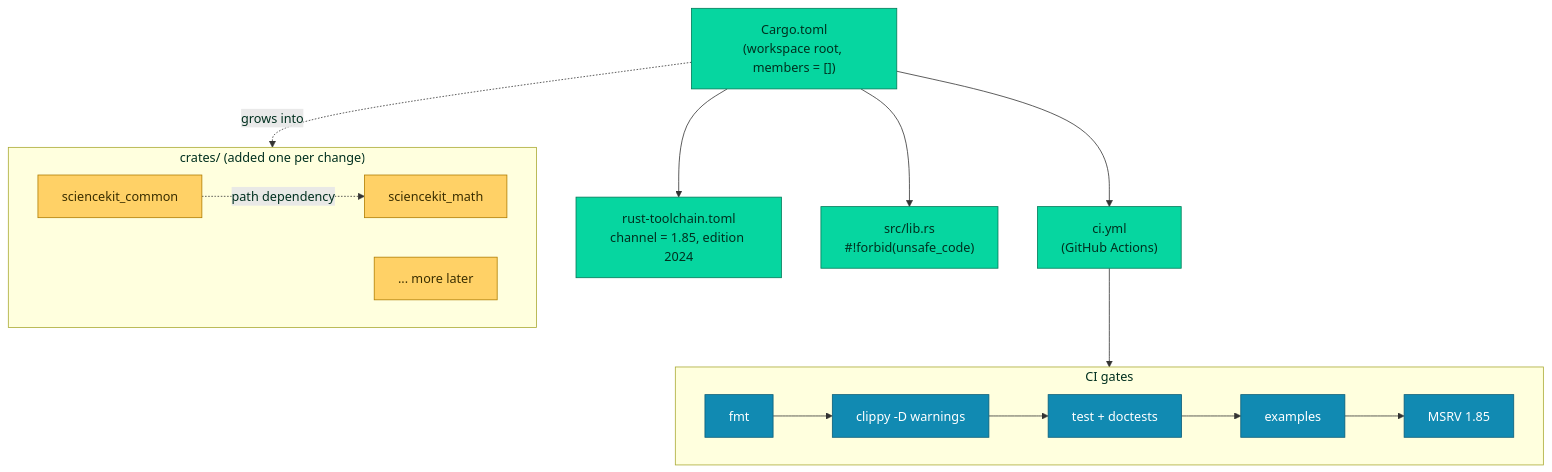
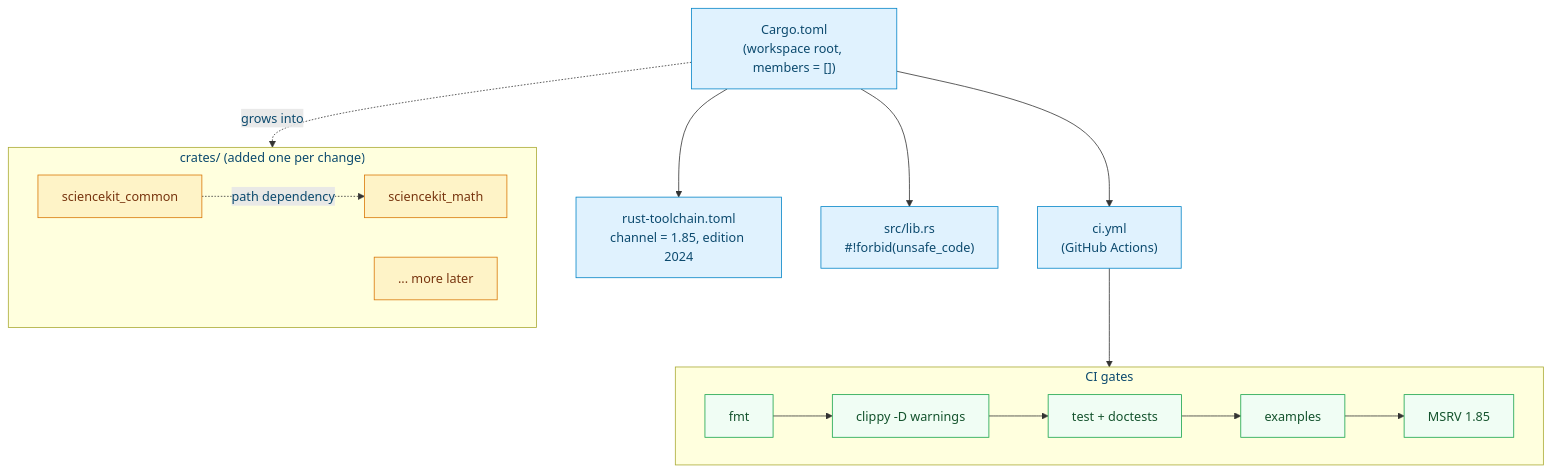
Before and after one commit to neurono-ml/sciencekit: the second of 2 diagrams in docs/src/development-explained/ch01-workspace-and-ci.md, drawn with Mermaid. The commit also changed other lines of this file and 12 other files, not shown here.

First line of the commit message:
docs: fix book theme UX — typography control, buttons, sidebar, Mermaid contrast

````diff
--- a/docs/src/development-explained/ch01-workspace-and-ci.md
+++ b/docs/src/development-explained/ch01-workspace-and-ci.md
@@ -333,32 +333,32 @@
 ```mermaid
 flowchart TB
     accTitle: How the workspace, toolchain and CI gates fit together
     accDescr: The Cargo.toml workspace root ties together the toolchain file, the umbrella crate and the CI workflow. The crates subfolder grows one crate per change, and the CI pipeline runs fmt, clippy, tests, examples and an MSRV check as gates.
     Root["Cargo.toml<br/>(workspace root, members = [])"] --> Toolchain["rust-toolchain.toml<br/>channel = 1.85, edition 2024"]
     Root --> Umbrella["src/lib.rs<br/>#!forbid(unsafe_code)"]
     Root --> CI["ci.yml<br/>(GitHub Actions)"]
 
     subgraph Crates["crates/ (added one per change)"]
         Common["sciencekit_common"]
         Math["sciencekit_math"]
         More["... more later"]
     end
 
     Root -. grows into .-> Crates
     Common -. path dependency .-> Math
 
     subgraph Gates["CI gates"]
         Fmt["fmt"] --> Clippy["clippy -D warnings"]
         Clippy --> Test["test + doctests"]
         Test --> Ex["examples"]
         Ex --> Msrv["MSRV 1.85"]
     end
     CI --> Gates
 
-    classDef root fill:#06d6a0,stroke:#007a58,color:#00301f
-    classDef crate fill:#ffd166,stroke:#b07d00,color:#3b2f00
-    classDef gate fill:#118ab2,stroke:#0b5d78,color:#ffffff
+    classDef root fill:#e0f2fe,stroke:#0284c7,color:#0c4a6e
+    classDef crate fill:#fef3c7,stroke:#d97706,color:#78350f
+    classDef gate fill:#f0fdf4,stroke:#16a34a,color:#14532d
     class Root,Toolchain,Umbrella,CI root
     class Common,Math,More crate
     class Fmt,Clippy,Test,Ex,Msrv gate
 ```
````
